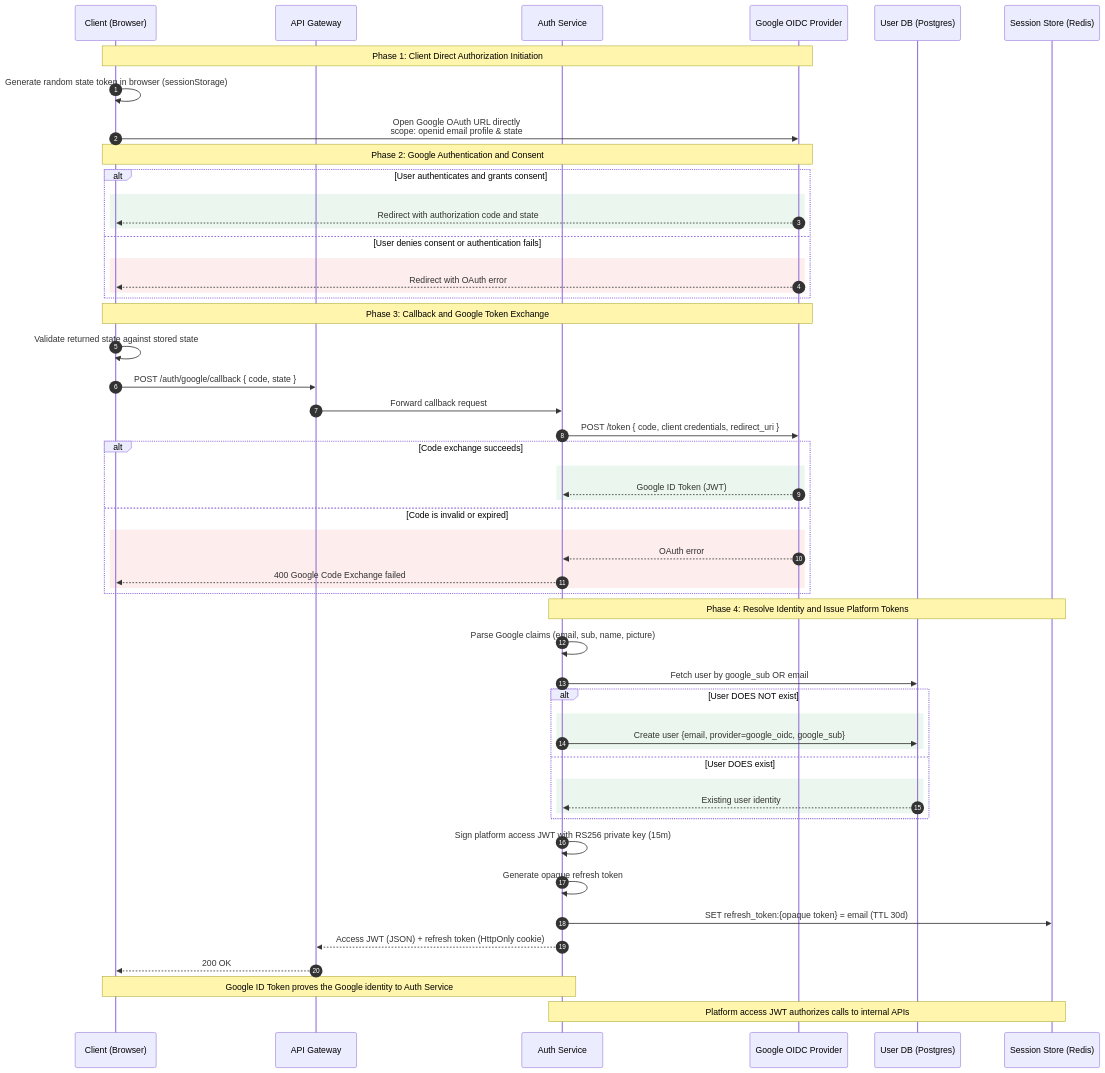
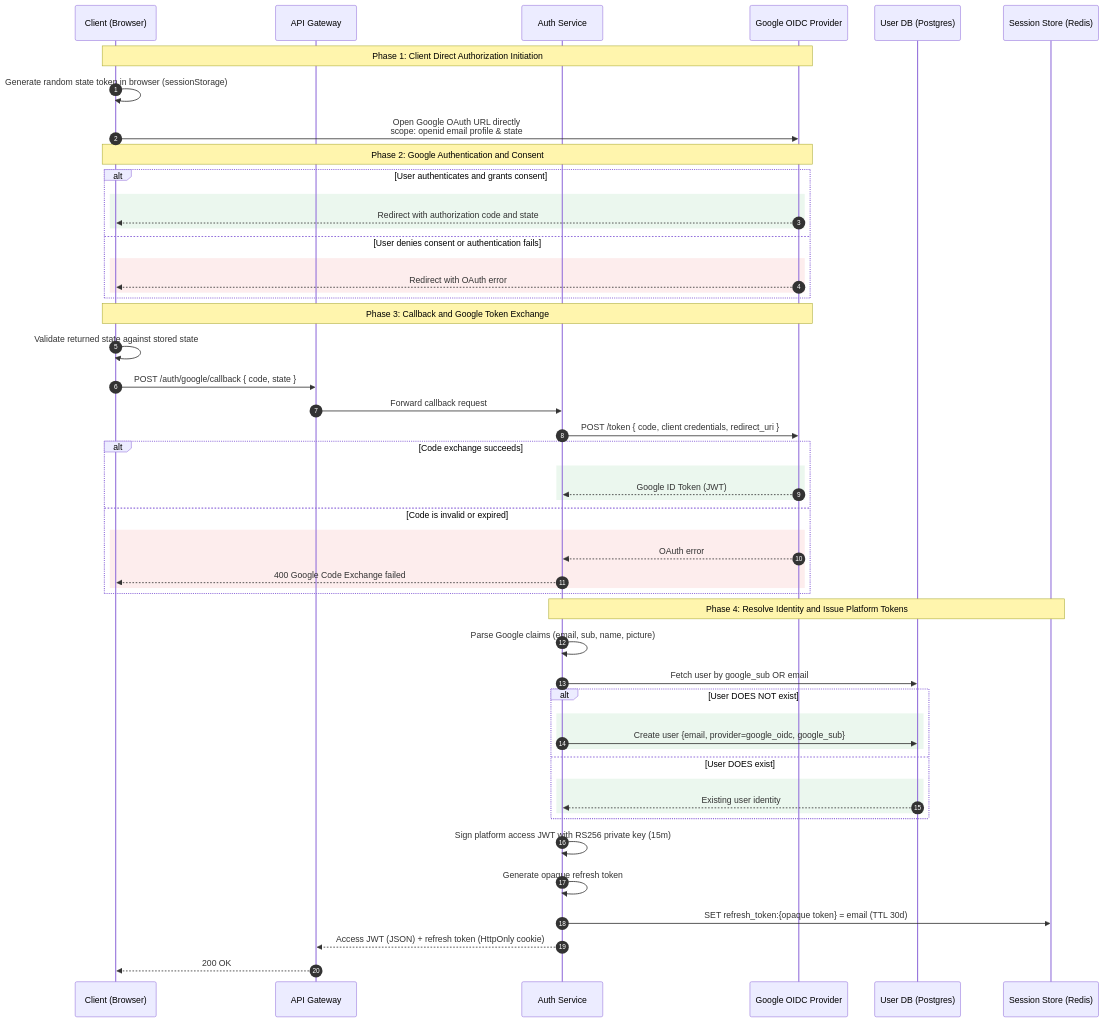
One commit to boycececil666gmailcom/Microservice-Auth-Platform changed the second of 4 diagrams in design/auth/01-auth-flow.md. Above: the diagram before and after it, drawn with Mermaid. The commit also changed 3 other files, not shown here.

Commit message:
feat: implement Google OIDC authentication flow with RS256 JWT and end-to-end tests

````diff
--- a/design/auth/01-auth-flow.md
+++ b/design/auth/01-auth-flow.md
@@ -46,64 +46,62 @@
 ```mermaid
 sequenceDiagram
     autonumber
     participant C as Client (Browser)
     participant G as API Gateway
     participant A as Auth Service
     participant GO as Google OIDC Provider
     participant PG as User DB (Postgres)
     participant R as Session Store (Redis)
 
     Note over C,GO: Phase 1: Client Direct Authorization Initiation
     C->>C: Generate random state token in browser (sessionStorage)
     C->>GO: Open Google OAuth URL directly<br/>scope: openid email profile & state
 
     Note over C,GO: Phase 2: Google Authentication and Consent
     alt User authenticates and grants consent
         rect rgb(235, 247, 238)
             GO-->>C: Redirect with authorization code and state
         end
     else User denies consent or authentication fails
         rect rgb(253, 237, 237)
             GO-->>C: Redirect with OAuth error
         end
     end
 
     Note over C,GO: Phase 3: Callback and Google Token Exchange
     C->>C: Validate returned state against stored state
     C->>G: POST /auth/google/callback { code, state }
     G->>A: Forward callback request
     A->>GO: POST /token { code, client credentials, redirect_uri }
     alt Code exchange succeeds
         rect rgb(235, 247, 238)
             GO-->>A: Google ID Token (JWT)
         end
     else Code is invalid or expired
         rect rgb(253, 237, 237)
             GO-->>A: OAuth error
             A-->>C: 400 Google Code Exchange failed
         end
     end
 
     Note over A,R: Phase 4: Resolve Identity and Issue Platform Tokens
     A->>A: Parse Google claims (email, sub, name, picture)
     A->>PG: Fetch user by google_sub OR email
 
     alt User DOES NOT exist
         rect rgb(235, 247, 238)
             A->>PG: Create user {email, provider=google_oidc, google_sub}
         end
     else User DOES exist
         rect rgb(235, 247, 238)
             PG-->>A: Existing user identity
         end
     end
 
     A->>A: Sign platform access JWT with RS256 private key (15m)
     A->>A: Generate opaque refresh token
     A->>R: SET refresh_token:{opaque token} = email (TTL 30d)
 
     A-->>G: Access JWT (JSON) + refresh token (HttpOnly cookie)
     G-->>C: 200 OK
-    Note over C,A: Google ID Token proves the Google identity to Auth Service
-    Note over A,R: Platform access JWT authorizes calls to internal APIs
 ```
````
